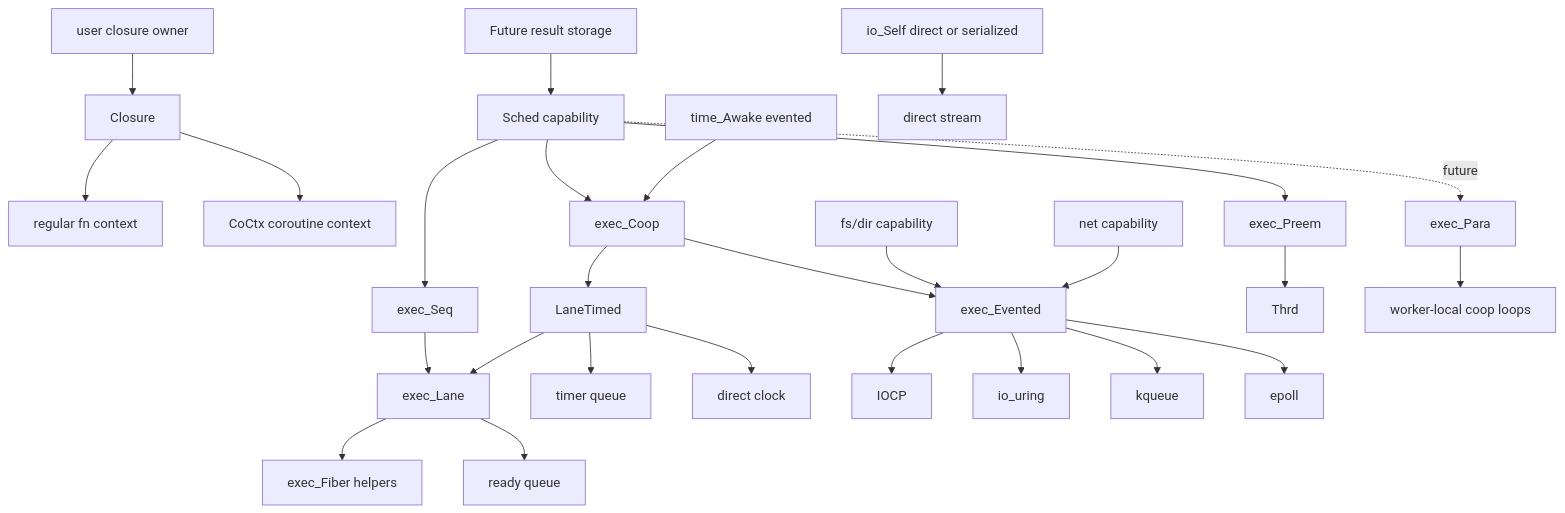
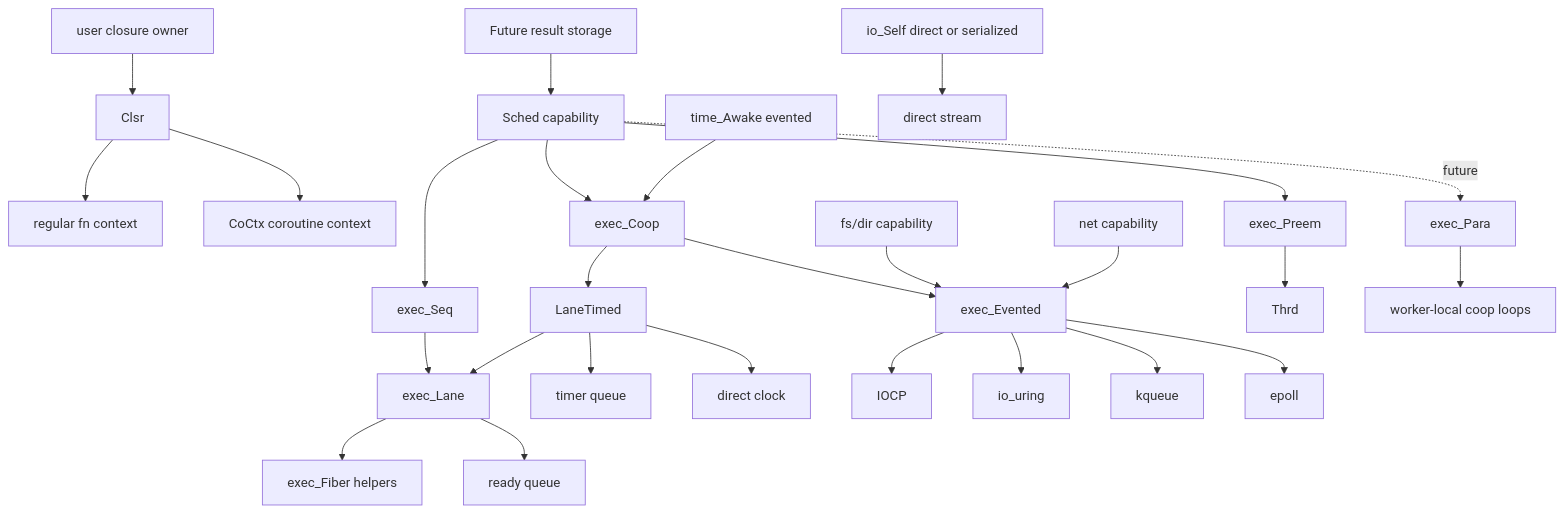
One commit to coding-pelican/dasae-headers changed the first of 16 diagrams in dh/lab/drafts/io_conc/ARCH.md. Above: the diagram before and after it, drawn with Mermaid. The commit also changed other lines of this file and 106 other files, not shown here.

````diff
--- a/dh/lab/drafts/io_conc/ARCH.md
+++ b/dh/lab/drafts/io_conc/ARCH.md
@@ -5,31 +5,31 @@
 ```mermaid
 graph TD
-    User[user closure owner] --> Closure[Closure]
-    Closure --> Fn[regular fn context]
-    Closure --> Co[CoCtx coroutine context]
+    User[user closure owner] --> Clsr[Clsr]
+    Clsr --> Fn[regular fn context]
+    Clsr --> Co[CoCtx coroutine context]
 
     Future[Future result storage] --> Sched[Sched capability]
     Sched --> Seq[exec_Seq]
     Sched --> Coop[exec_Coop]
     Sched --> Preem[exec_Preem]
     Sched -. future .-> Para[exec_Para]
     Seq --> Lane[exec_Lane]
     Coop --> LaneTimed
     Coop --> Evented[exec_Evented]
     LaneTimed --> Lane
     Lane --> Single[exec_Fiber helpers]
     Lane --> Ready[ready queue]
     LaneTimed --> Timers[timer queue]
     LaneTimed --> Clock[direct clock]
     Preem --> Thrd[Thrd]
     Para --> Workers[worker-local coop loops]
 
     Time[time_Awake evented] --> Coop
     Io[io_Self direct or serialized] --> Direct[direct stream]
     Fs[fs/dir capability] --> Evented
     Net[net capability] --> Evented
     Evented --> IOCP[IOCP]
     Evented --> Uring[io_uring]
     Evented --> Kqueue[kqueue]
     Evented --> Epoll[epoll]
 ```
````
